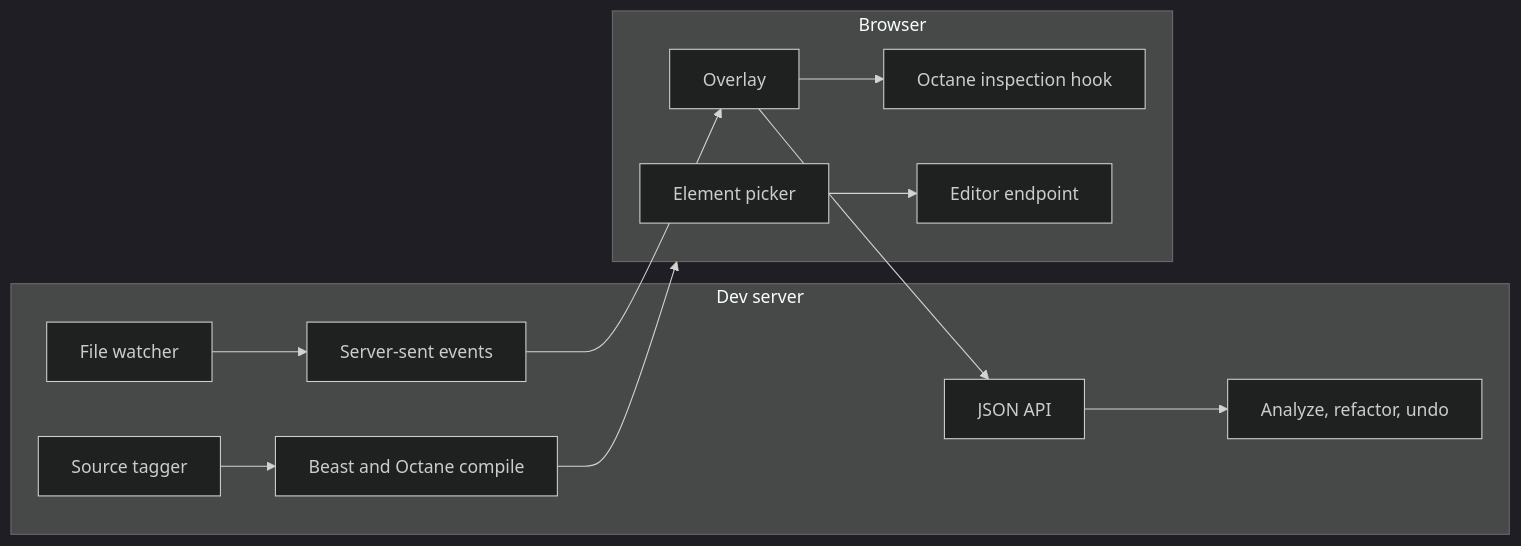
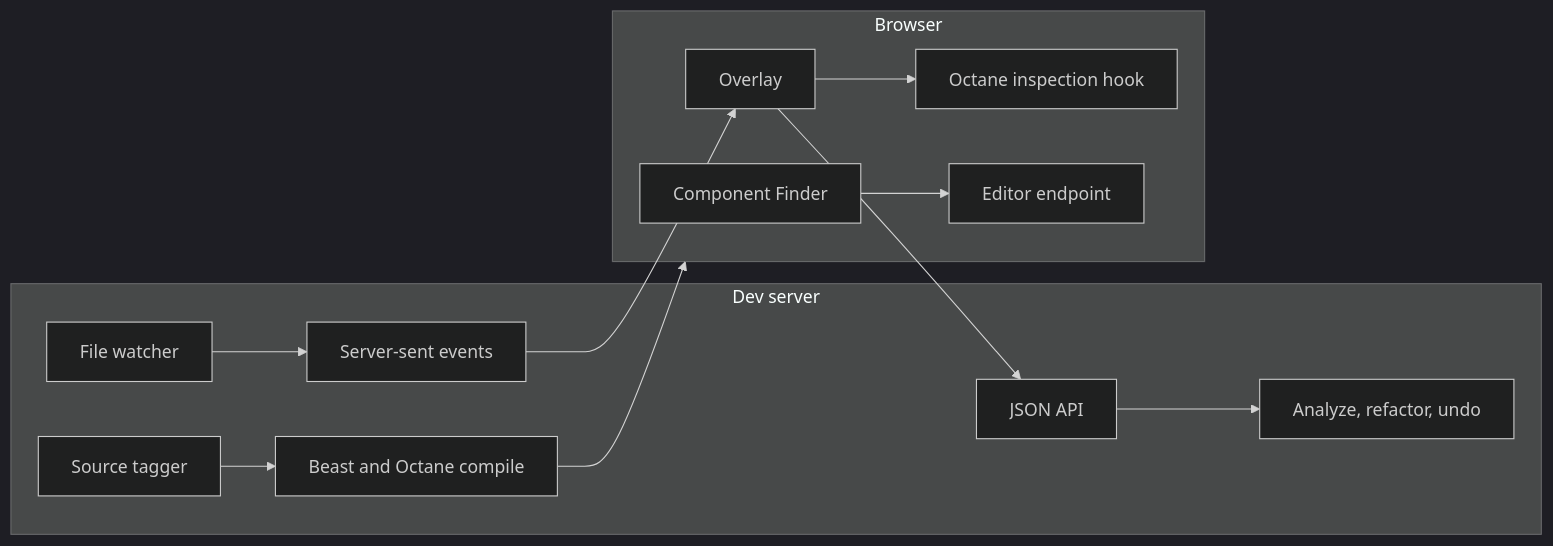
One commit to beastjs/devtools changed the second of 2 diagrams in README.md. Above: the diagram before and after it, drawn with Mermaid (dark theme). The commit also changed other lines of this file and 28 other files, not shown here.

````diff
--- a/README.md
+++ b/README.md
@@ -359,15 +371,15 @@
 ```mermaid
 flowchart LR
     subgraph Server[Dev server]
         T[Source tagger] --> B[Beast and Octane compile]
         API[JSON API] --> X[Analyze, refactor, undo]
         W[File watcher] --> S[Server-sent events]
     end
     subgraph Page[Browser]
         O[Overlay] --> H[Octane inspection hook]
         O --> API
         S --> O
-        P[Element picker] --> E[Editor endpoint]
+        P[Component Finder] --> E[Editor endpoint]
     end
     B --> Page
 ```
````
